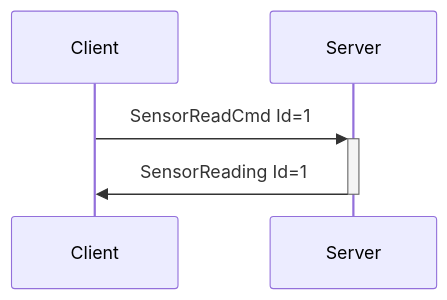
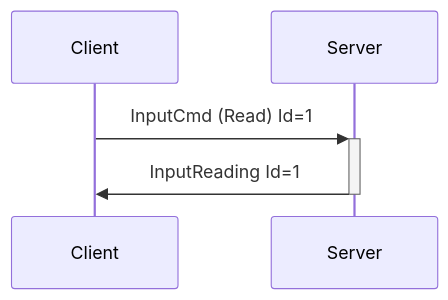
One commit to buttplugio/docs.buttplug.io changed the first of 4 diagrams in docs/spec/input.md. Above: the diagram before and after it, drawn with Mermaid. The commit also changed other lines of this file, not shown here.

Commit message:
Add input messages

````diff
--- a/docs/spec/input.md
+++ b/docs/spec/input.md
@@ -32,5 +47,5 @@
 ```mermaid
 sequenceDiagram
-    Client->>+Server: SensorReadCmd Id=1
-    Server->>-Client: SensorReading Id=1
+    Client->>+Server: InputCmd (Read) Id=1
+    Server->>-Client: InputReading Id=1
 ```
````
